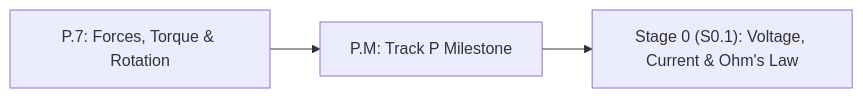
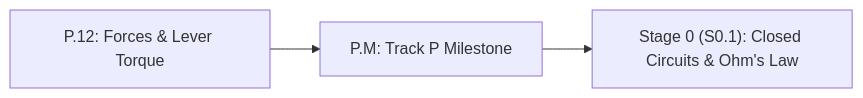
Before and after one commit to TLE47/Mechatronics-Roadmap: the diagram in track-p/P.M-track-p-milestone.md, drawn with Mermaid. The commit also changed other lines of this file and 58 other files, not shown here.

````diff
--- a/track-p/P.M-track-p-milestone.md
+++ b/track-p/P.M-track-p-milestone.md
@@ -16,5 +25,5 @@
 ```mermaid
 flowchart LR
-    P7["P.7: Forces, Torque & Rotation"] --> PM["P.M: Track P Milestone"]
-    PM --> S01["Stage 0 (S0.1): Voltage, Current & Ohm's Law"]
+    P12["P.12: Forces & Lever Torque"] --> PM["P.M: Track P Milestone"]
+    PM --> S01["Stage 0 (S0.1): Closed Circuits & Ohm's Law"]
 ```
````
